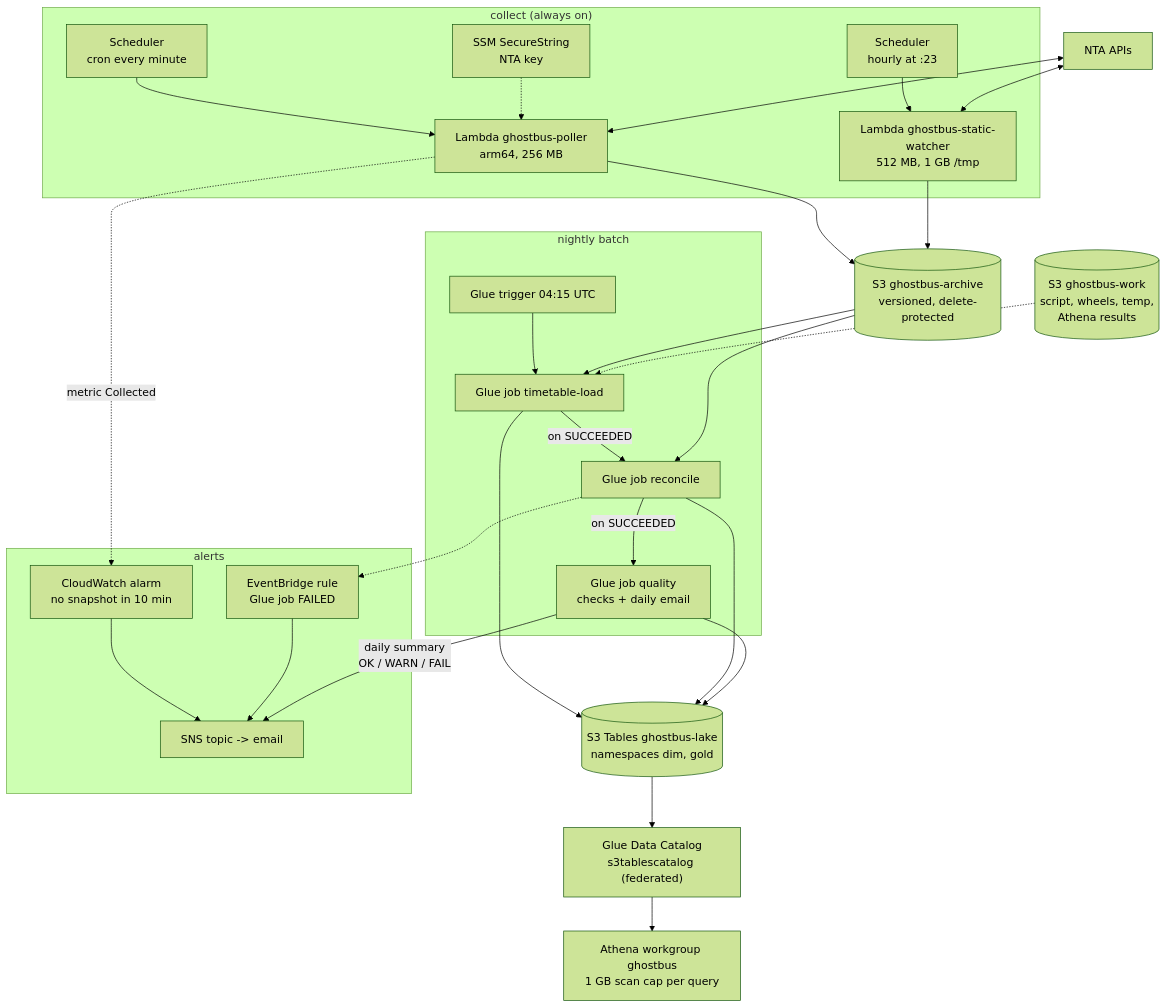
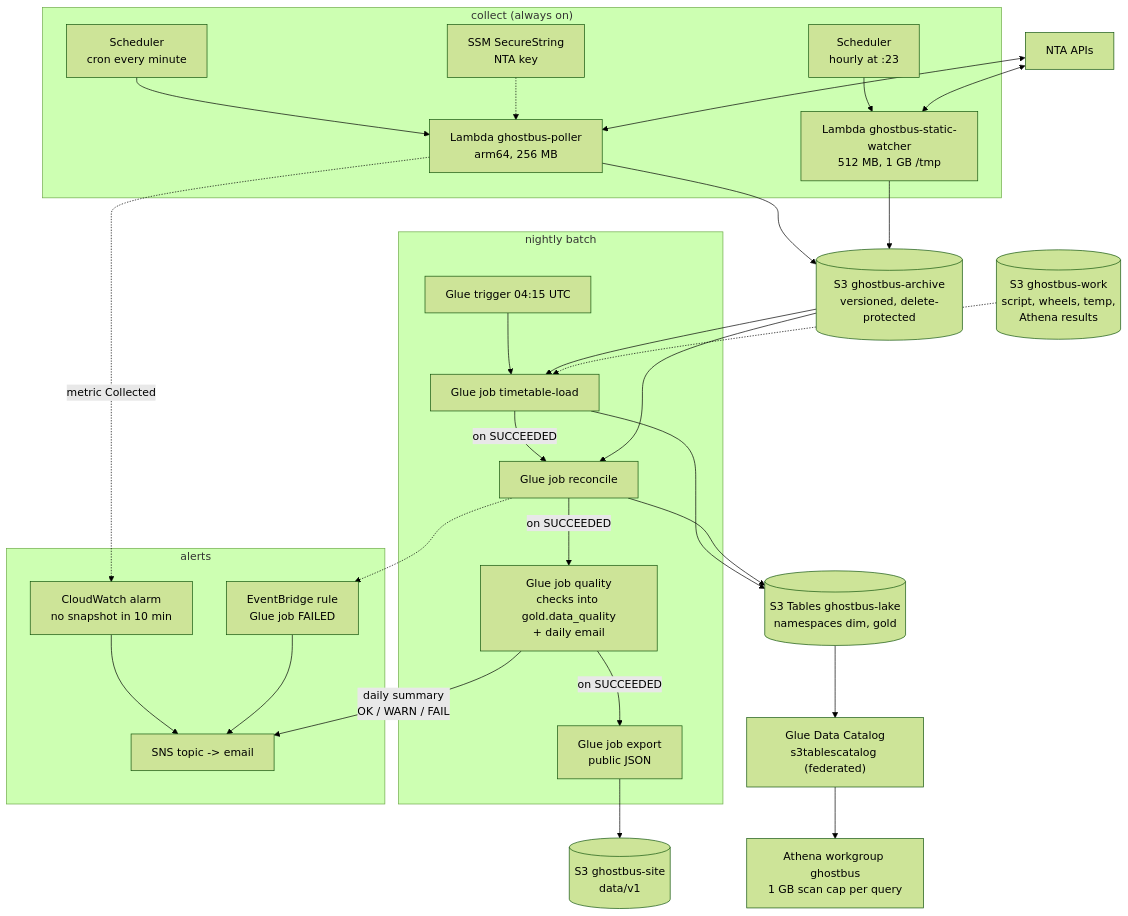
The first of 5 diagrams in docs/diagrams/06-cloud.md (IronNathanAlvares/ghost-bus-radar), drawn with Mermaid (forest theme) before and after one commit. The commit also changed other lines of this file and 15 other files, not shown here.

First line of the commit message:
Public data export (roadmap 2.1, ADR-0011)

````diff
--- a/docs/diagrams/06-cloud.md
+++ b/docs/diagrams/06-cloud.md
@@ -12,36 +12,37 @@
 ```mermaid
 flowchart TB
     subgraph COLLECT["collect (always on)"]
         S1["Scheduler<br/>cron every minute"] --> L1["Lambda ghostbus-poller<br/>arm64, 256 MB"]
         S2["Scheduler<br/>hourly at :23"] --> L2["Lambda ghostbus-static-watcher<br/>512 MB, 1 GB /tmp"]
         SSM["SSM SecureString<br/>NTA key"] -.-> L1
     end
     NTA["NTA APIs"] <--> L1
     NTA <--> L2
     L1 --> ARC[("S3 ghostbus-archive<br/>versioned, delete-protected")]
     L2 --> ARC
 
     subgraph BATCH["nightly batch"]
         TR["Glue trigger 04:15 UTC"] --> J1["Glue job timetable-load"]
         J1 -->|"on SUCCEEDED"| J2["Glue job reconcile"]
-        J2 -->|"on SUCCEEDED"| J3["Glue job quality<br/>checks + daily email"]
+        J2 -->|"on SUCCEEDED"| J3["Glue job quality<br/>checks into gold.data_quality<br/>+ daily email"]
+        J3 -->|"on SUCCEEDED"| J4["Glue job export<br/>public JSON"]
     end
+    J4 --> SITE[("S3 ghostbus-site<br/>data/v1")]
     ARC --> J1
     ARC --> J2
     WORK[("S3 ghostbus-work<br/>script, wheels, temp,<br/>Athena results")] -.-> J1
     J1 --> ST[("S3 Tables ghostbus-lake<br/>namespaces dim, gold")]
     J2 --> ST
     ST --> CAT["Glue Data Catalog<br/>s3tablescatalog (federated)"] --> ATH["Athena workgroup ghostbus<br/>1 GB scan cap per query"]
 
     subgraph OBS["alerts"]
         CWM["CloudWatch alarm<br/>no snapshot in 10 min"]
         EVB["EventBridge rule<br/>Glue job FAILED"]
         SNS["SNS topic -> email"]
         CWM --> SNS
         EVB --> SNS
     end
     L1 -.->|"metric Collected"| CWM
     J2 -.-> EVB
-    J3 --> ST
     J3 -->|"daily summary<br/>OK / WARN / FAIL"| SNS
 ```
````
